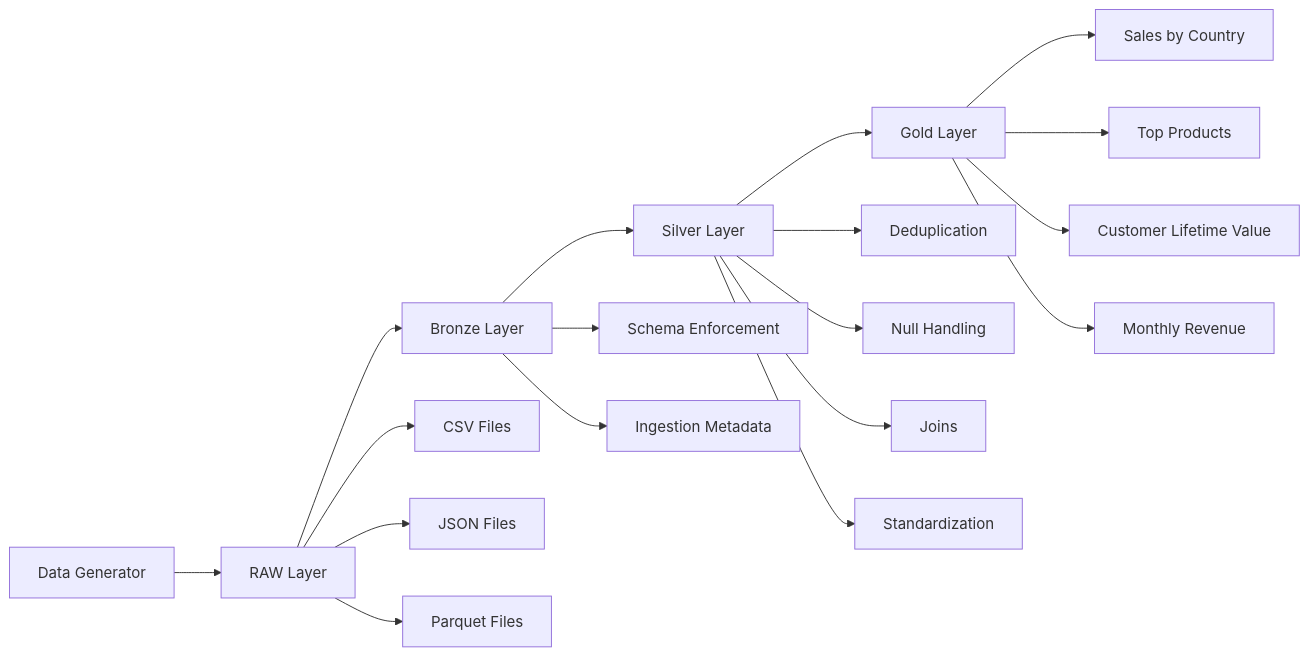
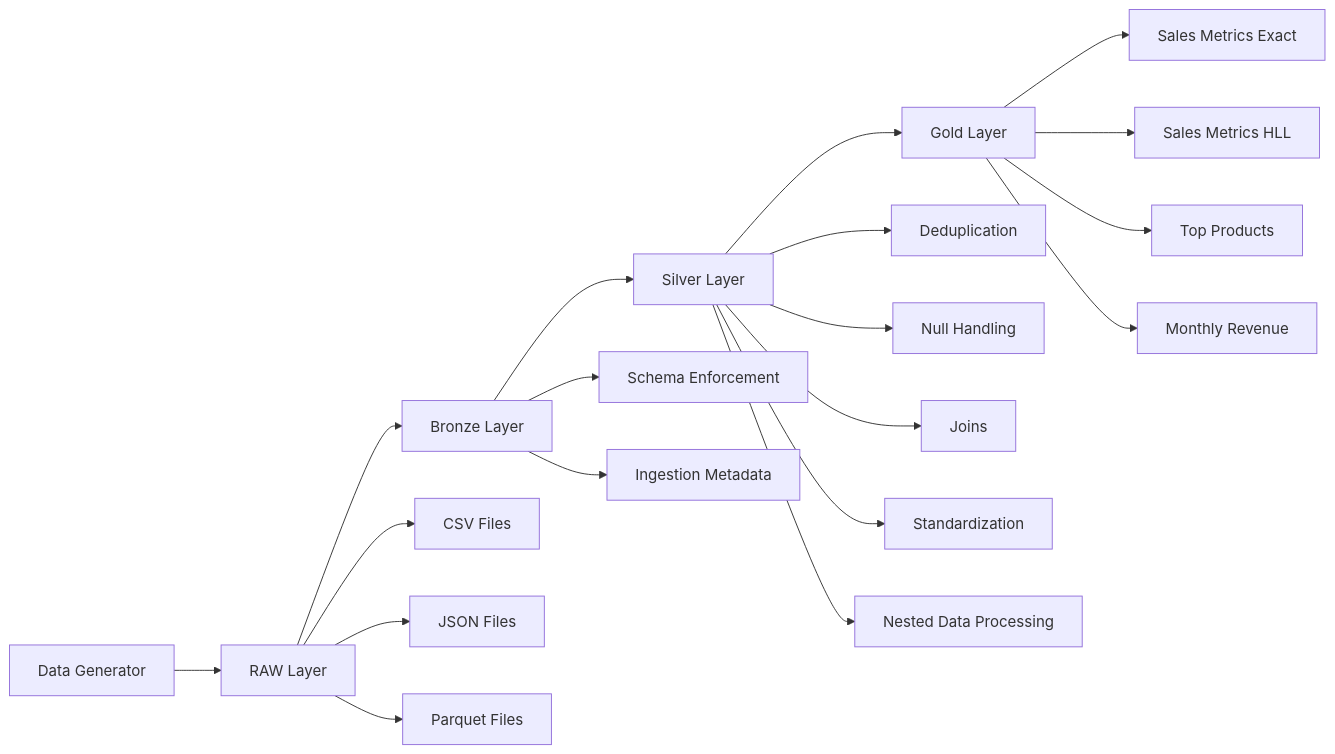
One commit to GabrielGalani/databricks-spark-associate-certification-prep changed the second of 3 diagrams in README.md. Above: the diagram before and after it, drawn with Mermaid. The commit also changed other lines of this file, not shown here.

````diff
--- a/README.md
+++ b/README.md
@@ -45,26 +109,27 @@
-```mermaid
+``` mermaid
 flowchart LR
 
 A[Data Generator] --> B[RAW Layer]
 
 B --> C[Bronze Layer]
 C --> D[Silver Layer]
 D --> E[Gold Layer]
 
 B --> B1[CSV Files]
 B --> B2[JSON Files]
 B --> B3[Parquet Files]
 
 C --> C1[Schema Enforcement]
 C --> C2[Ingestion Metadata]
 
 D --> D1[Deduplication]
 D --> D2[Null Handling]
 D --> D3[Joins]
 D --> D4[Standardization]
+D --> D5[Nested Data Processing]
 
-E --> E1[Sales by Country]
-E --> E2[Top Products]
-E --> E3[Customer Lifetime Value]
+E --> E1[Sales Metrics Exact]
+E --> E2[Sales Metrics HLL]
+E --> E3[Top Products]
 E --> E4[Monthly Revenue]
 ```
````
